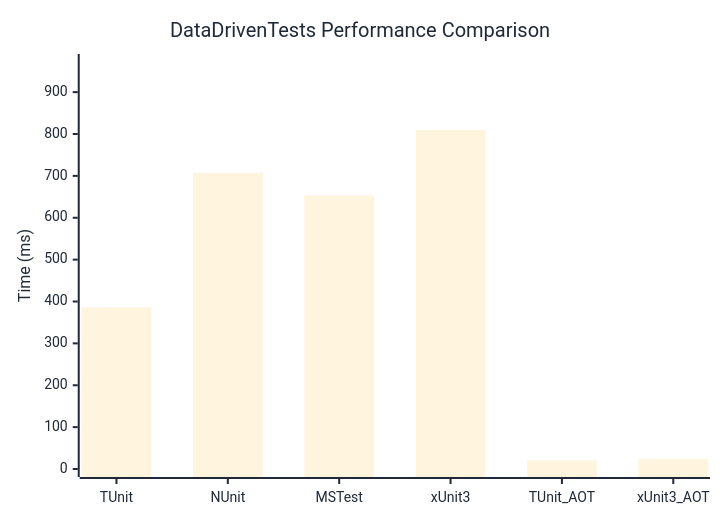
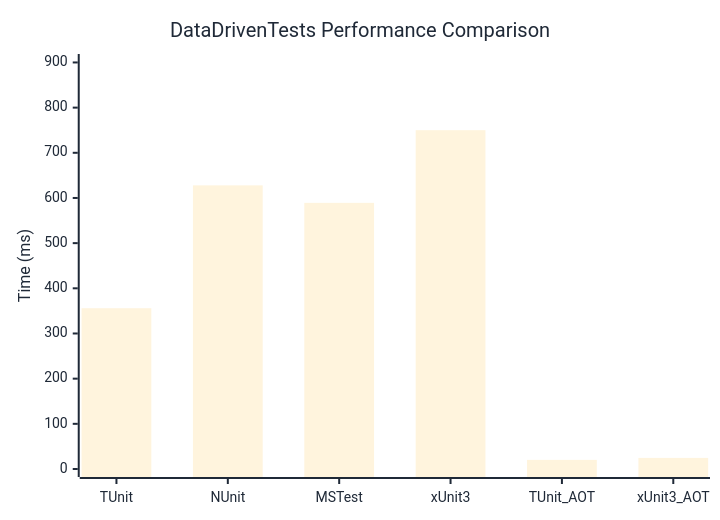
One commit to thomhurst/TUnit changed the diagram in docs/docs/benchmarks/engine/DataDrivenTests.md. Above: the diagram before and after it, drawn with Mermaid. The commit also changed other lines of this file and 18 other files, not shown here.

````diff
--- a/docs/docs/benchmarks/engine/DataDrivenTests.md
+++ b/docs/docs/benchmarks/engine/DataDrivenTests.md
@@ -30,37 +30,37 @@
 ```mermaid
 %%{init: {
   'theme':'base',
   'themeVariables': {
     'primaryColor': '#2563eb',
     'primaryTextColor': '#1f2937',
     'primaryBorderColor': '#1e40af',
     'lineColor': '#6b7280',
     'secondaryColor': '#7c3aed',
     'tertiaryColor': '#dc2626',
     'background': '#ffffff',
     'mainBkg': '#2563eb',
     'secondBkg': '#7c3aed',
     'tertiaryBkg': '#dc2626',
     'clusterBkg': '#f3f4f6',
     'edgeLabelBackground': '#ffffff',
     'tertiaryTextColor': '#1f2937',
     'pie1': '#2563eb',
     'pie2': '#7c3aed',
     'pie3': '#dc2626',
     'pie4': '#f59e0b',
     'pie5': '#10b981',
     'pie6': '#06b6d4',
     'pie7': '#ec4899',
     'pie8': '#6366f1',
     'pie9': '#84cc16',
     'pie10': '#f97316',
     'pie11': '#14b8a6',
     'pie12': '#a855f7'
   }
 }}%%
 xychart-beta
   title "DataDrivenTests Performance Comparison"
   x-axis ["TUnit", "NUnit", "MSTest", "xUnit3", "TUnit_AOT", "xUnit3_AOT"]
-  y-axis "Time (ms)" 0 --> 972
-  bar [385.93, 707.18, 653.38, 809.83, 20.71, 24.31]
+  y-axis "Time (ms)" 0 --> 901
+  bar [355.91, 627.9, 589.18, 750.02, 20.22, 24.56]
 ```
````
